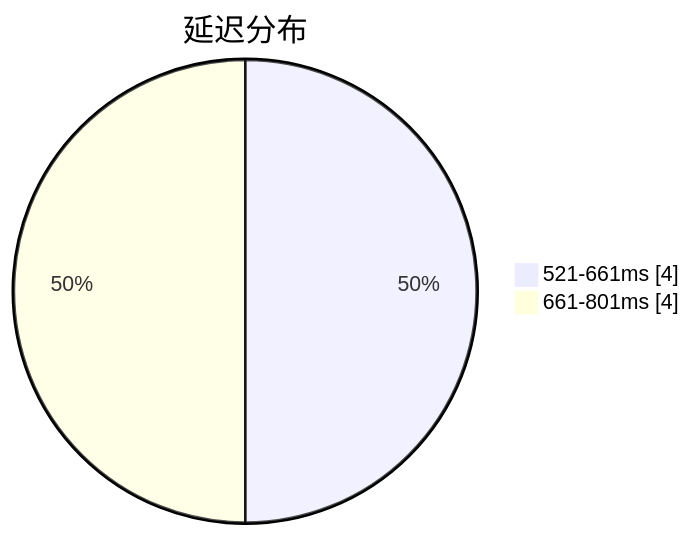
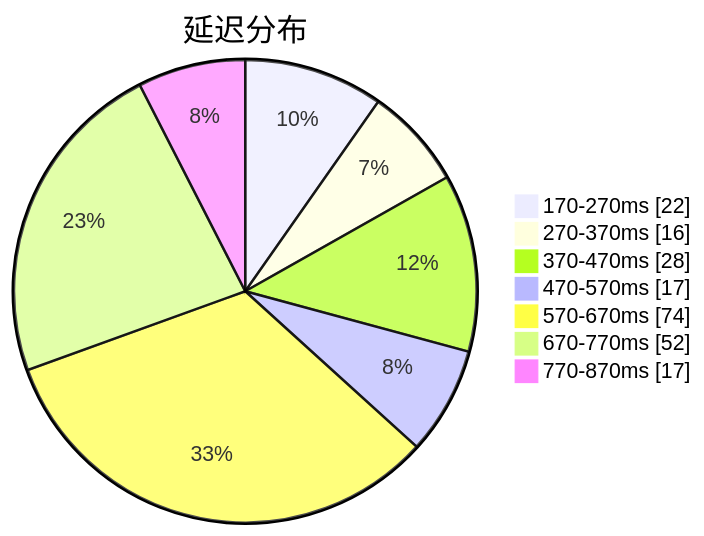
One commit to qjlxg/airport changed the first of 3 diagrams in subs/statistics/tested_within.md. Above: the diagram before and after it, drawn with Mermaid. The commit also changed other lines of this file and 2 other files, not shown here.

Commit message:
Tested by metaST

````diff
--- a/subs/statistics/tested_within.md
+++ b/subs/statistics/tested_within.md
@@ -2,6 +2,11 @@
 ```mermaid
 pie showData
 title 延迟分布
-"521-661ms" : 4
-"661-801ms" : 4
+"170-270ms" : 22
+"270-370ms" : 16
+"370-470ms" : 28
+"470-570ms" : 17
+"570-670ms" : 74
+"670-770ms" : 52
+"770-870ms" : 17
 ```
````
